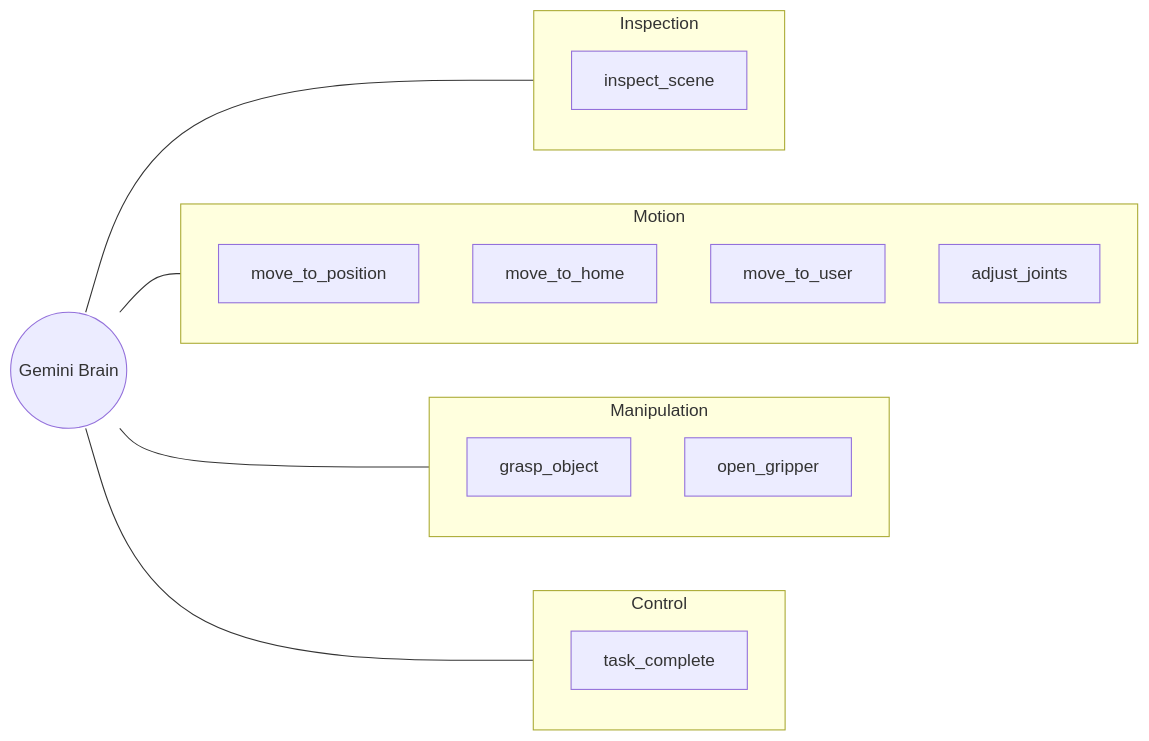
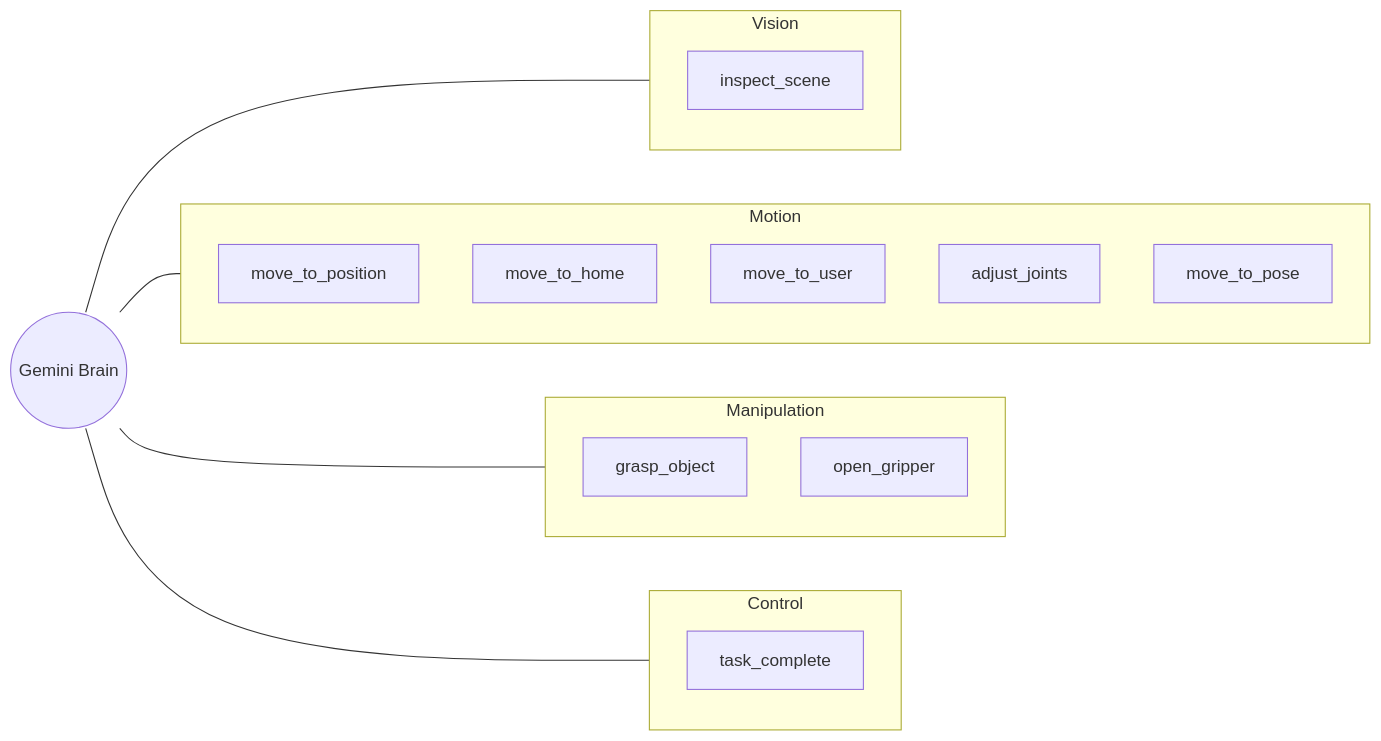
The fourth of 4 diagrams in system_architecture.md (jakmilller/kinova-gemini), drawn with Mermaid before and after one commit. The commit also changed other lines of this file and 18 other files, not shown here.

````diff
--- a/system_architecture.md
+++ b/system_architecture.md
@@ -134,27 +120,28 @@
 ```mermaid
 graph LR
-    subgraph Inspection
+    subgraph Vision
         T1[inspect_scene]
     end
     
     subgraph Motion
         T2[move_to_position]
         T3[move_to_home]
         T4[move_to_user]
         T5[adjust_joints]
+        T6[move_to_pose]
     end
     
     subgraph Manipulation
-        T6[grasp_object]
-        T7[open_gripper]
+        T7[grasp_object]
+        T8[open_gripper]
     end
     
     subgraph Control
-        T8[task_complete]
+        T9[task_complete]
     end
 
-    Brain((Gemini Brain)) --- Inspection
+    Brain((Gemini Brain)) --- Vision
     Brain --- Motion
     Brain --- Manipulation
     Brain --- Control
 ```
````
